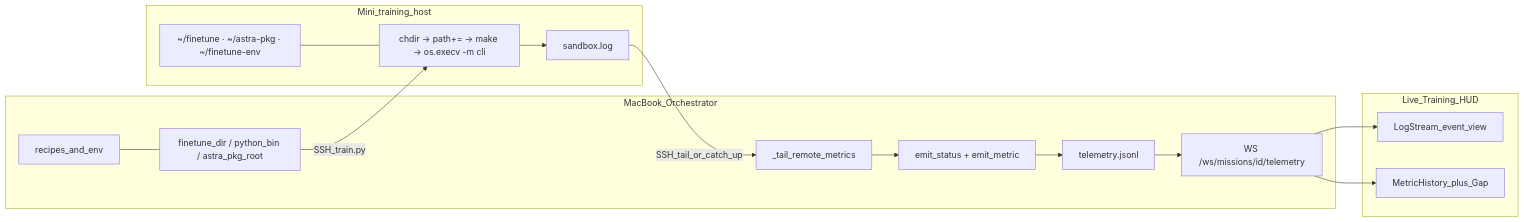
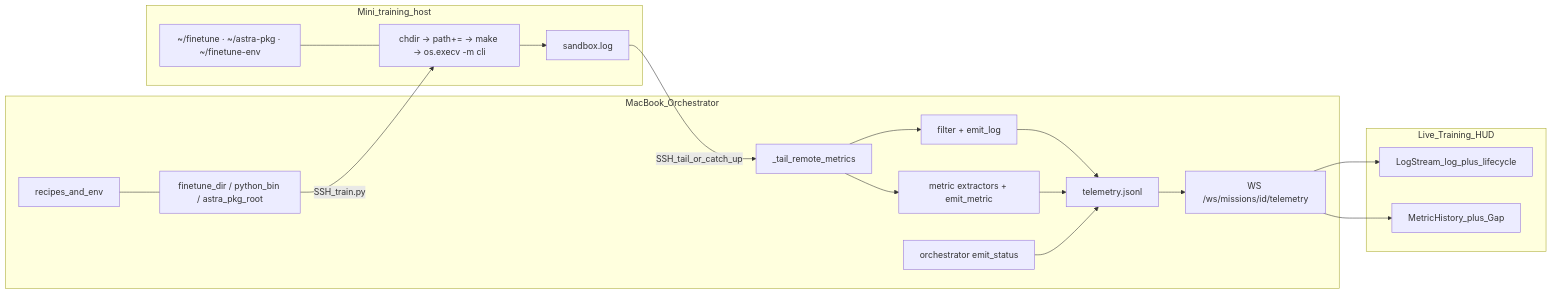
One commit to kewangpro/astra changed the fifth of 6 diagrams in docs/DESIGN.md. Above: the diagram before and after it, drawn with Mermaid. The commit also changed other lines of this file and 10 other files, not shown here.

First line of the commit message:
Mirror sandbox.log into the Event Stream instead of status regexes.

````diff
--- a/docs/DESIGN.md
+++ b/docs/DESIGN.md
@@ -204,27 +204,32 @@
 ```mermaid
 flowchart LR
   subgraph orch [MacBook_Orchestrator]
     Recipes[recipes_and_env]
     Paths["finetune_dir / python_bin / astra_pkg_root"]
     Tail["_tail_remote_metrics"]
-    Emit["emit_status + emit_metric"]
+    Mirror["filter + emit_log"]
+    Metrics["metric extractors + emit_metric"]
+    Life[orchestrator emit_status]
     JSONL[telemetry.jsonl]
     WS["WS /ws/missions/id/telemetry"]
     Recipes --- Paths
-    Tail --> Emit --> JSONL --> WS
+    Tail --> Mirror --> JSONL
+    Tail --> Metrics --> JSONL
+    Life --> JSONL
+    JSONL --> WS
   end
   subgraph mini [Mini_training_host]
     Layout["~/finetune · ~/astra-pkg · ~/finetune-env"]
     Steps["chdir → path+= → make → os.execv -m cli"]
     Log[sandbox.log]
     Layout --- Steps --> Log
   end
   subgraph hud [Live_Training_HUD]
-    Stream[LogStream_event_view]
+    Stream[LogStream_log_plus_lifecycle]
     Charts[MetricHistory_plus_Gap]
   end
   Paths -->|"SSH_train.py"| Steps
   Log -->|"SSH_tail_or_catch_up"| Tail
   WS --> Stream
   WS --> Charts
 ```
````
